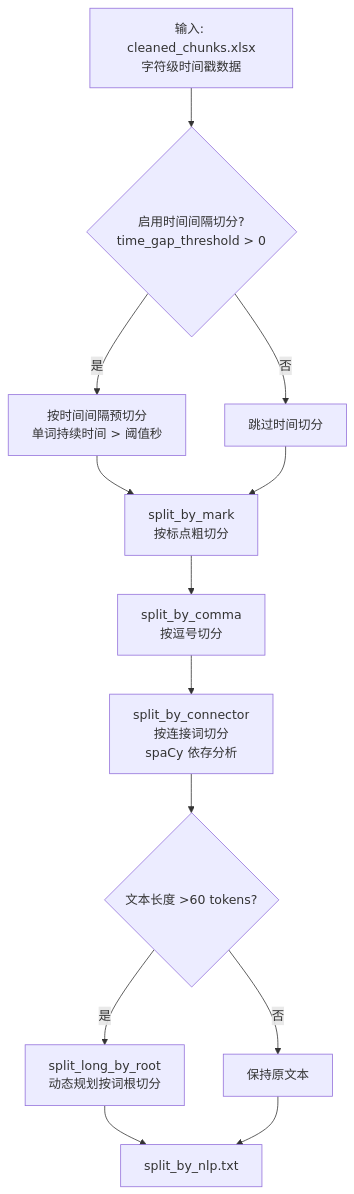
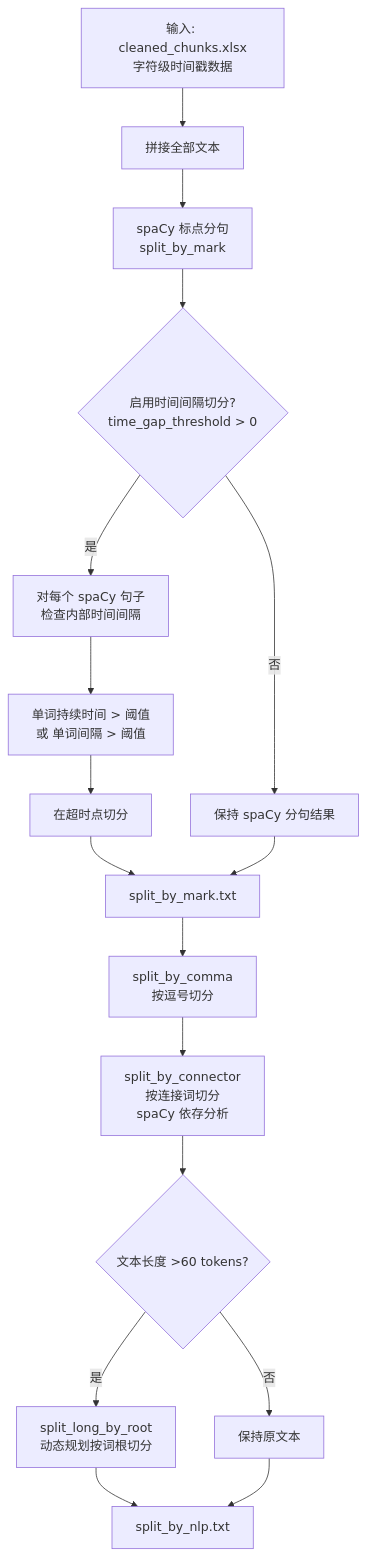
One commit to NuoManDai/VedioAITranslateSub changed the sixth of 19 diagrams in docs/ARCHITECTURE.md. Above: the diagram before and after it, drawn with Mermaid. The commit also changed other lines of this file and 45 other files, not shown here.

````diff
--- a/docs/ARCHITECTURE.md
+++ b/docs/ARCHITECTURE.md
@@ -190,18 +403,25 @@
 ```mermaid
 flowchart TD
-    A[输入: cleaned_chunks.xlsx<br/>字符级时间戳数据] --> B{启用时间间隔切分?<br/>time_gap_threshold > 0}
+    A[输入: cleaned_chunks.xlsx<br/>字符级时间戳数据] --> B[拼接全部文本]
     
-    B -->|是| B1[按时间间隔预切分<br/>单词持续时间 > 阈值秒]
-    B -->|否| B2[跳过时间切分]
+    B --> C[spaCy 标点分句<br/>split_by_mark]
     
-    B1 --> C[split_by_mark<br/>按标点粗切分]
-    B2 --> C
+    C --> D{启用时间间隔切分?<br/>time_gap_threshold > 0}
     
-    C --> D[split_by_comma<br/>按逗号切分]
-    D --> E[split_by_connector<br/>按连接词切分<br/>spaCy 依存分析]
-    E --> F{文本长度 >60 tokens?}
-    F -->|是| G[split_long_by_root<br/>动态规划按词根切分]
-    F -->|否| H[保持原文本]
-    G --> I[split_by_nlp.txt]
+    D -->|是| E[对每个 spaCy 句子<br/>检查内部时间间隔]
+    E --> F[单词持续时间 > 阈值<br/>或 单词间隔 > 阈值]
+    F --> G[在超时点切分]
+    
+    D -->|否| H[保持 spaCy 分句结果]
+    
+    G --> I[split_by_mark.txt]
     H --> I
+    
+    I --> J[split_by_comma<br/>按逗号切分]
+    J --> K[split_by_connector<br/>按连接词切分<br/>spaCy 依存分析]
+    K --> L{文本长度 >60 tokens?}
+    L -->|是| M[split_long_by_root<br/>动态规划按词根切分]
+    L -->|否| N[保持原文本]
+    M --> O[split_by_nlp.txt]
+    N --> O
 ```
````
